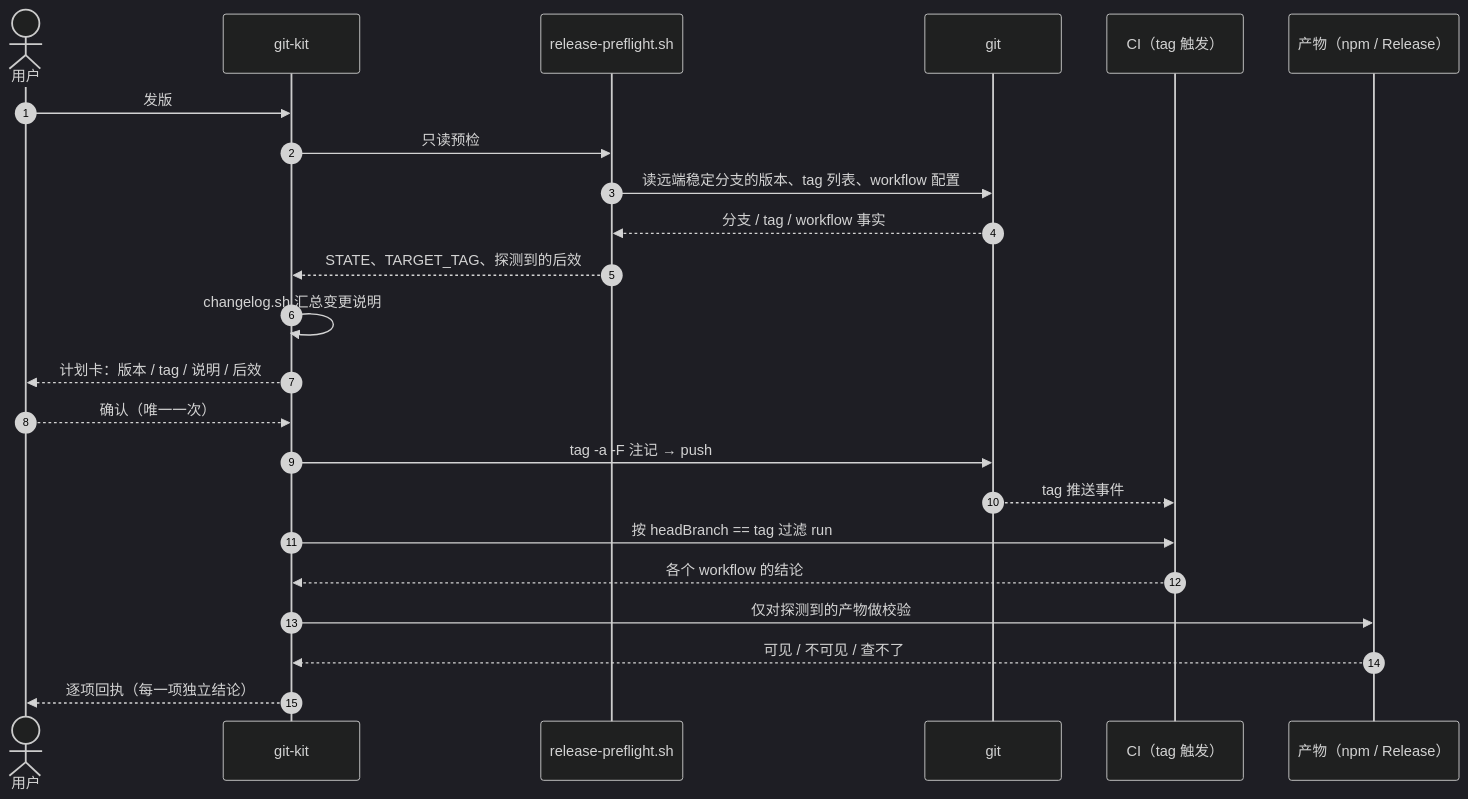
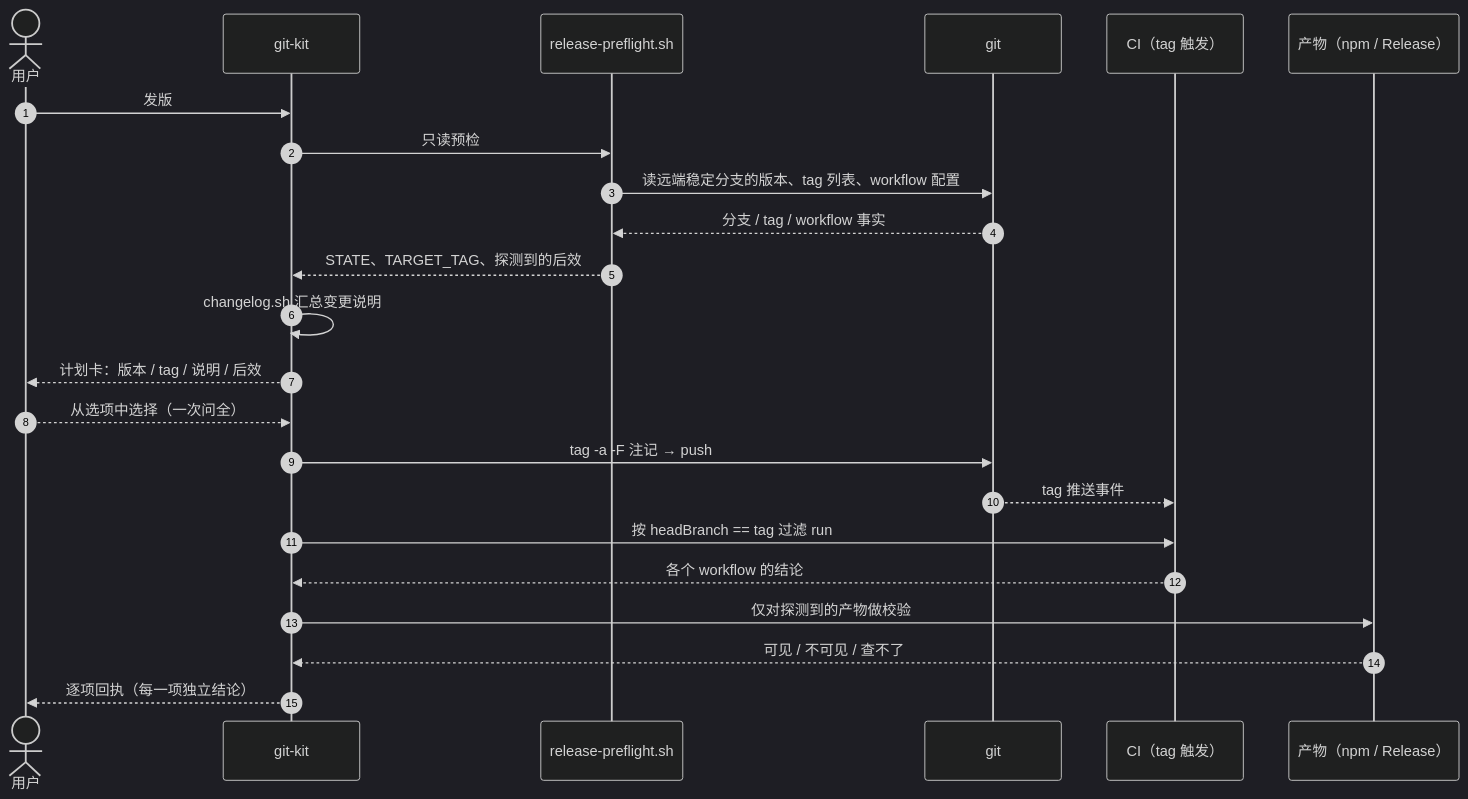
The seventh of 7 diagrams in docs/git-kit.md (morehao/agent-skills), drawn with Mermaid (dark theme) before and after one commit. The commit also changed other lines of this file and 5 other files, not shown here.

````diff
--- a/docs/git-kit.md
+++ b/docs/git-kit.md
@@ -268,26 +286,26 @@
 ```mermaid
 sequenceDiagram
     autonumber
     actor U as 用户
     participant A as git-kit
     participant PF as release-preflight.sh
     participant G as git
     participant CI as CI（tag 触发）
     participant E as 产物（npm / Release）
 
     U->>A: 发版
     A->>PF: 只读预检
     PF->>G: 读远端稳定分支的版本、tag 列表、workflow 配置
     G-->>PF: 分支 / tag / workflow 事实
     PF-->>A: STATE、TARGET_TAG、探测到的后效
     A->>A: changelog.sh 汇总变更说明
     A-->>U: 计划卡：版本 / tag / 说明 / 后效
-    U-->>A: 确认（唯一一次）
+    U-->>A: 从选项中选择（一次问全）
     A->>G: tag -a -F 注记 → push
     G-->>CI: tag 推送事件
     A->>CI: 按 headBranch == tag 过滤 run
     CI-->>A: 各个 workflow 的结论
     A->>E: 仅对探测到的产物做校验
     E-->>A: 可见 / 不可见 / 查不了
     A-->>U: 逐项回执（每一项独立结论）
 ```
````
